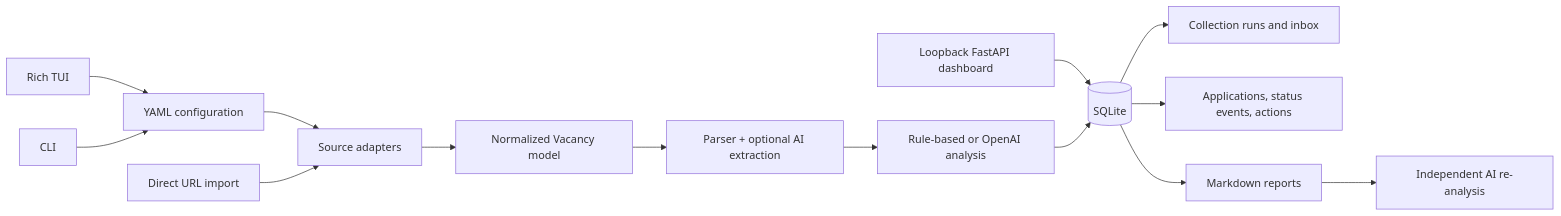
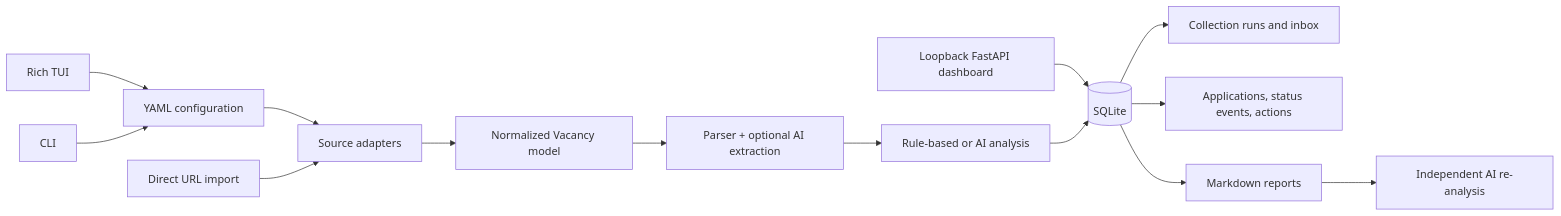
Before and after one commit to Yashelly/Job-Seeker-Intelligence: the diagram in README.md, drawn with Mermaid. The commit also changed other lines of this file and 39 other files, not shown here.

````diff
--- a/README.md
+++ b/README.md
@@ -270,16 +346,16 @@
 ```mermaid
 flowchart LR
     UI["Rich TUI"] --> CFG["YAML configuration"]
     CLI["CLI"] --> CFG
     WEB["Loopback FastAPI dashboard"] --> DB[("SQLite")]
     CFG --> SRC["Source adapters"]
     URLS["Direct URL import"] --> SRC
     SRC --> NORM["Normalized Vacancy model"]
     NORM --> EXT["Parser + optional AI extraction"]
-    EXT --> SCORE["Rule-based or OpenAI analysis"]
+    EXT --> SCORE["Rule-based or AI analysis"]
     SCORE --> DB
     DB --> RUNS["Collection runs and inbox"]
     DB --> TRACK["Applications, status events, actions"]
     DB --> REPORT["Markdown reports"]
     REPORT --> REAI["Independent AI re-analysis"]
 ```
````
